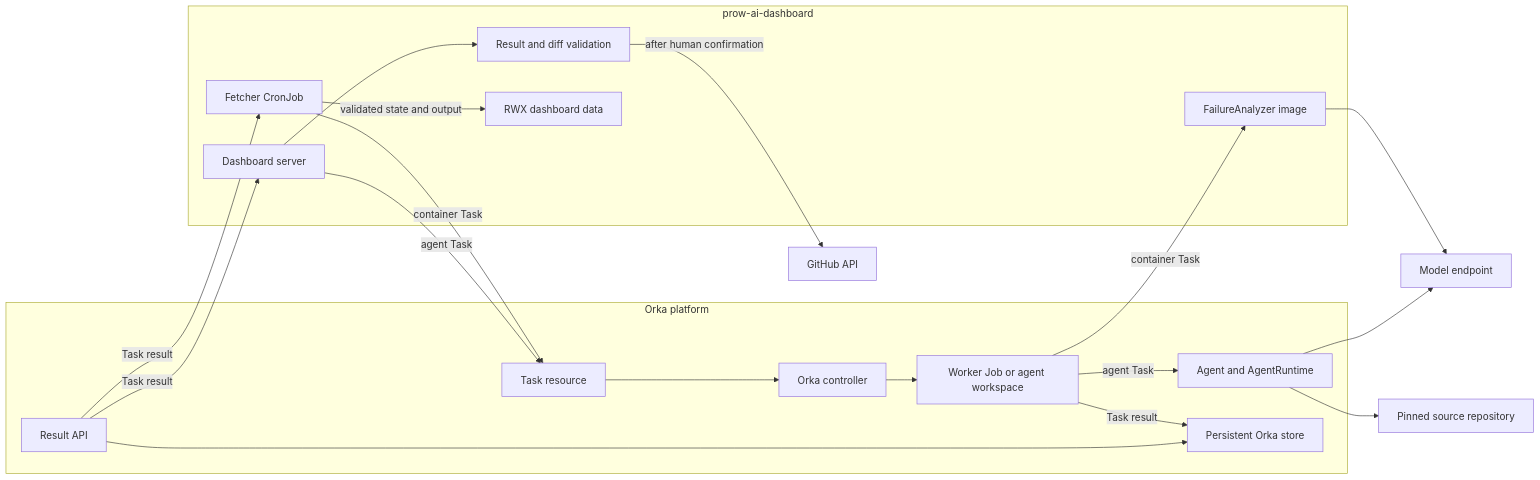
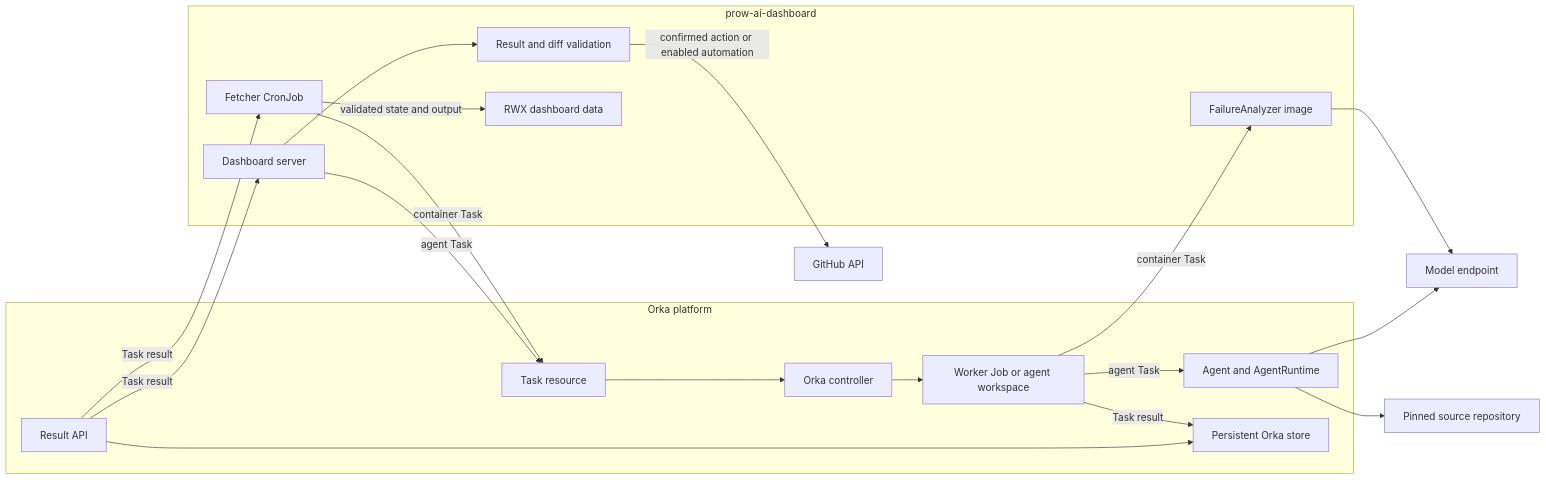
One commit to willie-yao/aster changed the diagram in docs/orka-architecture.md. Above: the diagram before and after it, drawn with Mermaid. The commit also changed other lines of this file, not shown here.

````diff
--- a/docs/orka-architecture.md
+++ b/docs/orka-architecture.md
@@ -25,40 +26,40 @@
 ```mermaid
 flowchart LR
     subgraph Dashboard["prow-ai-dashboard"]
         Fetcher["Fetcher CronJob"]
         Server["Dashboard server"]
         Analyzer["FailureAnalyzer image"]
         Validator["Result and diff validation"]
         Data["RWX dashboard data"]
     end
 
     subgraph Orka["Orka platform"]
         Task["Task resource"]
         Controller["Orka controller"]
         Worker["Worker Job or agent workspace"]
         Agent["Agent and AgentRuntime"]
         API["Result API"]
         Store["Persistent Orka store"]
     end
 
     Model["Model endpoint"]
     Source["Pinned source repository"]
     GitHub["GitHub API"]
 
     Fetcher -->|container Task| Task
     Server -->|agent Task| Task
     Task --> Controller
     Controller --> Worker
     Worker -->|container Task| Analyzer
     Worker -->|agent Task| Agent
     Analyzer --> Model
     Agent --> Model
     Agent --> Source
     Worker -->|Task result| Store
     API --> Store
     API -->|Task result| Fetcher
     API -->|Task result| Server
     Fetcher -->|validated state and output| Data
     Server --> Validator
-    Validator -->|after human confirmation| GitHub
+    Validator -->|confirmed action or enabled automation| GitHub
 ```
````
